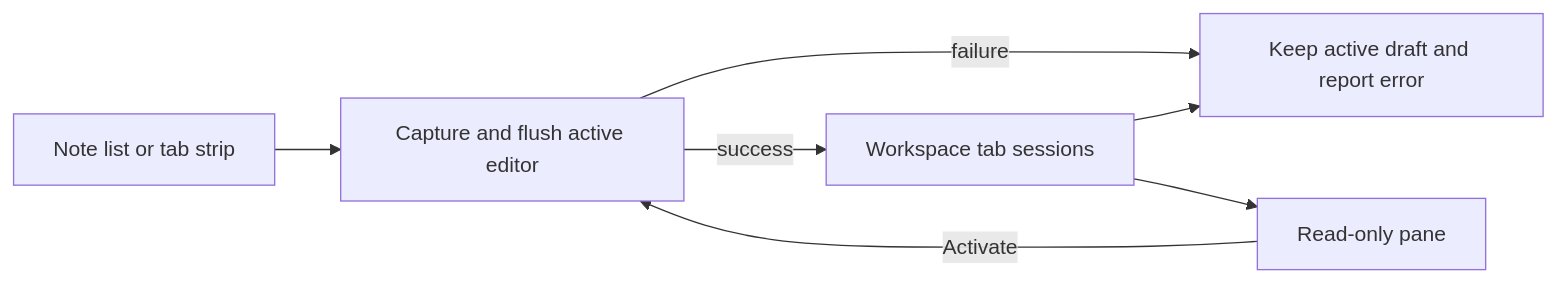
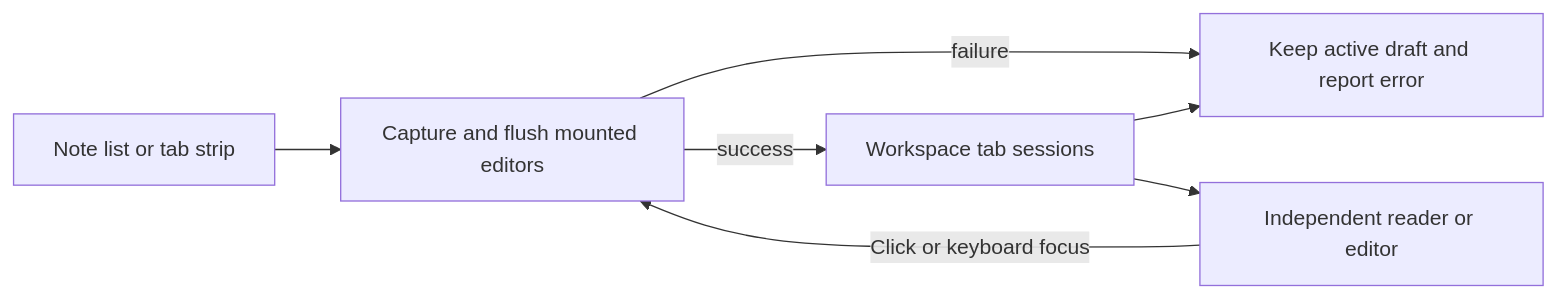
Before and after one commit to koreyba/EverFreeNote: the third of 7 diagrams in docs/ai/design/2026-08-01-feature-notes-tabs.md, drawn with Mermaid. The commit also changed other lines of this file and 29 other files, not shown here.

````diff
--- a/docs/ai/design/2026-08-01-feature-notes-tabs.md
+++ b/docs/ai/design/2026-08-01-feature-notes-tabs.md
@@ -327,9 +345,9 @@
 ```mermaid
 flowchart LR
-  list[Note list or tab strip] --> boundary[Capture and flush active editor]
+  list[Note list or tab strip] --> boundary[Capture and flush mounted editors]
   boundary -->|success| tabs[Workspace tab sessions]
   boundary -->|failure| active[Keep active draft and report error]
   tabs --> active
-  tabs --> preview[Read-only pane]
-  preview -->|Activate| boundary
+  tabs --> other[Independent reader or editor]
+  other -->|Click or keyboard focus| boundary
 ```
````
